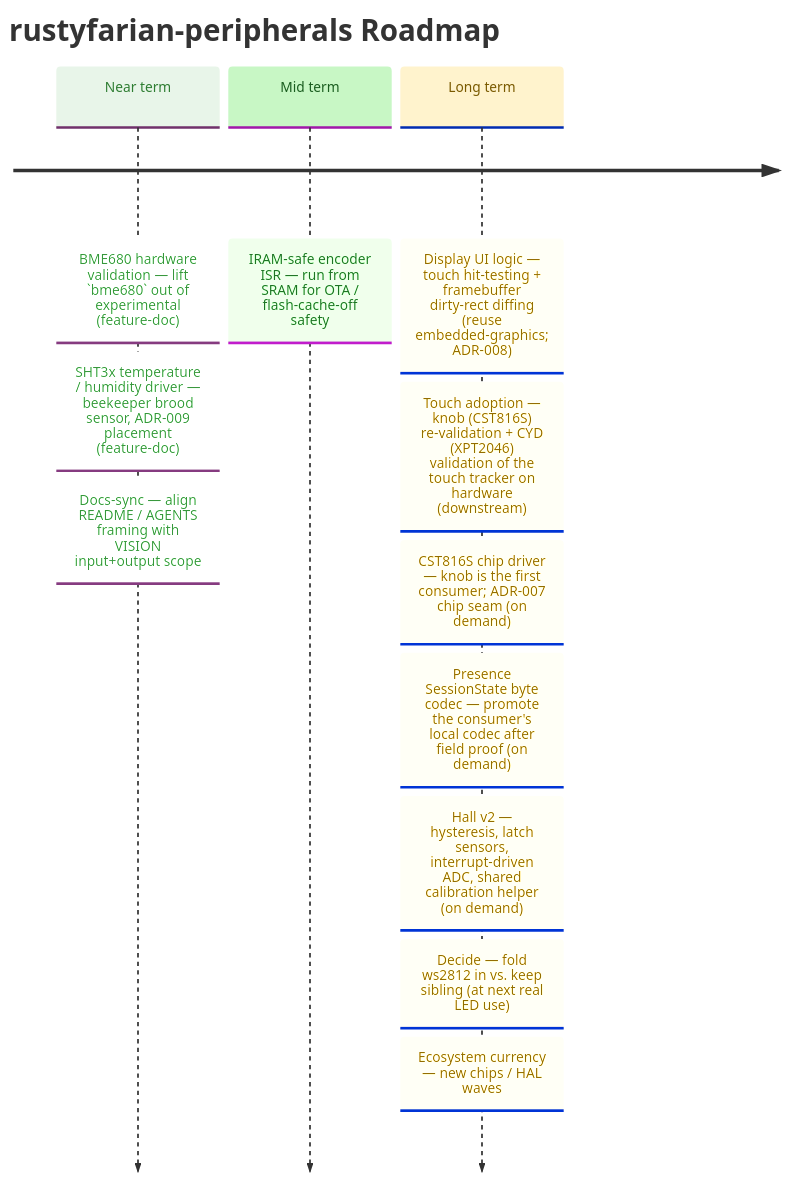
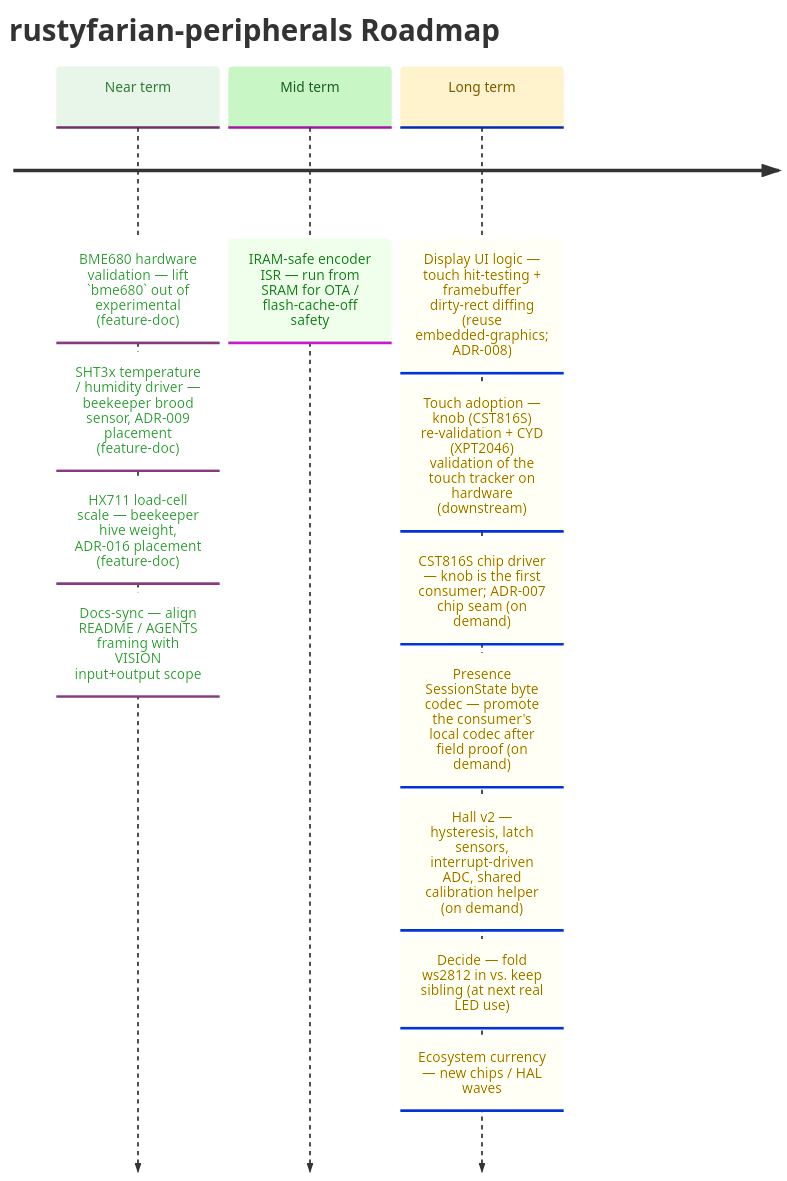
The diagram in docs/ROADMAP.md (datenkollektiv/rustyfarian-peripherals), drawn with Mermaid before and after one commit. The commit also changed other lines of this file and 30 other files, not shown here.

Commit message:
Add tamer::hx711 load-cell scale driver

````diff
--- a/docs/ROADMAP.md
+++ b/docs/ROADMAP.md
@@ -10,32 +10,33 @@
 ```mermaid
 %%{init: {
   "theme": "base",
   "themeVariables": {
     "cScale0": "#e8f5e9",
     "cScaleLabel0": "#2e7d32",
     "cScale1": "#c8f7c5",
     "cScaleLabel1": "#1b5e20",
     "cScale2": "#fff3cd",
     "cScaleLabel2": "#7a5a00",
     "cScale3": "#e3f2fd",
     "cScaleLabel3": "#0d47a1"
   }
 }}%%
 
 timeline
     title rustyfarian-peripherals Roadmap
 
     Near term : BME680 hardware validation — lift `bme680` out of experimental (feature-doc)
               : SHT3x temperature / humidity driver — beekeeper brood sensor, ADR-009 placement (feature-doc)
+              : HX711 load-cell scale — beekeeper hive weight, ADR-016 placement (feature-doc)
               : Docs-sync — align README / AGENTS framing with VISION input+output scope
 
     Mid term  : IRAM-safe encoder ISR — run from SRAM for OTA / flash-cache-off safety
 
     Long term : Display UI logic — touch hit-testing + framebuffer dirty-rect diffing (reuse embedded-graphics; ADR-008)
               : Touch adoption — knob (CST816S) re-validation + CYD (XPT2046) validation of the touch tracker on hardware (downstream)
               : CST816S chip driver — knob is the first consumer; ADR-007 chip seam (on demand)
               : Presence SessionState byte codec — promote the consumer's local codec after field proof (on demand)
               : Hall v2 — hysteresis, latch sensors, interrupt-driven ADC, shared calibration helper (on demand)
               : Decide — fold ws2812 in vs. keep sibling (at next real LED use)
               : Ecosystem currency — new chips / HAL waves
 ```
````
